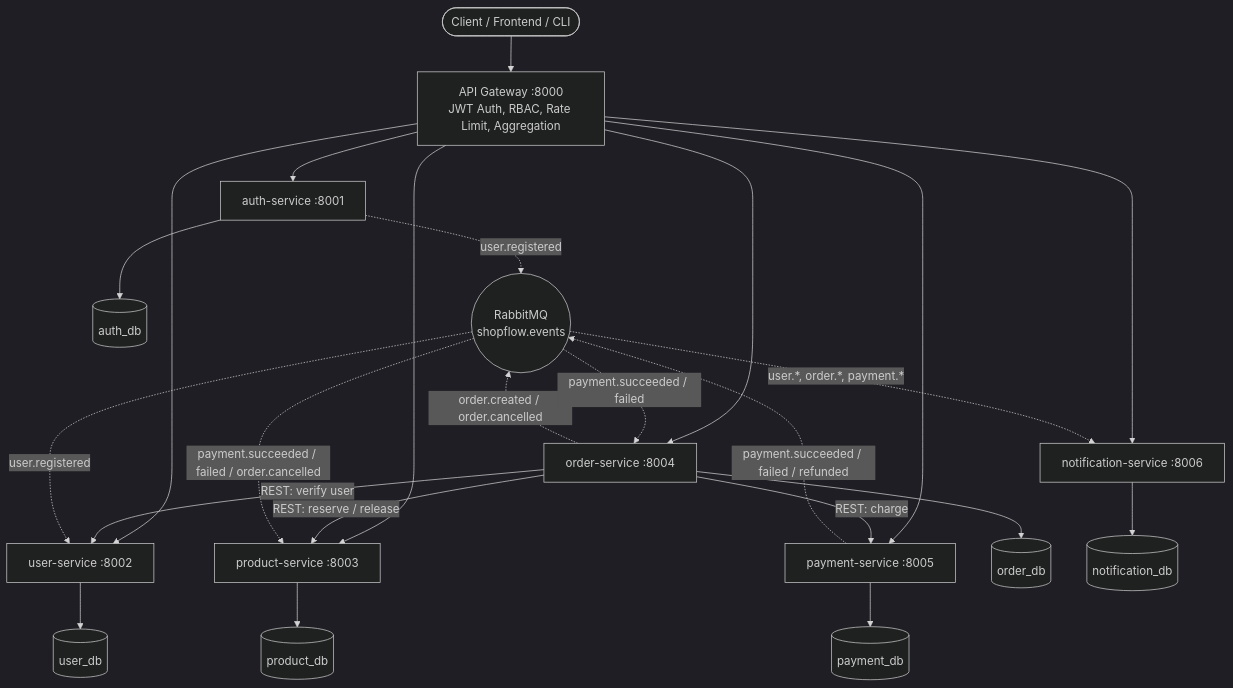
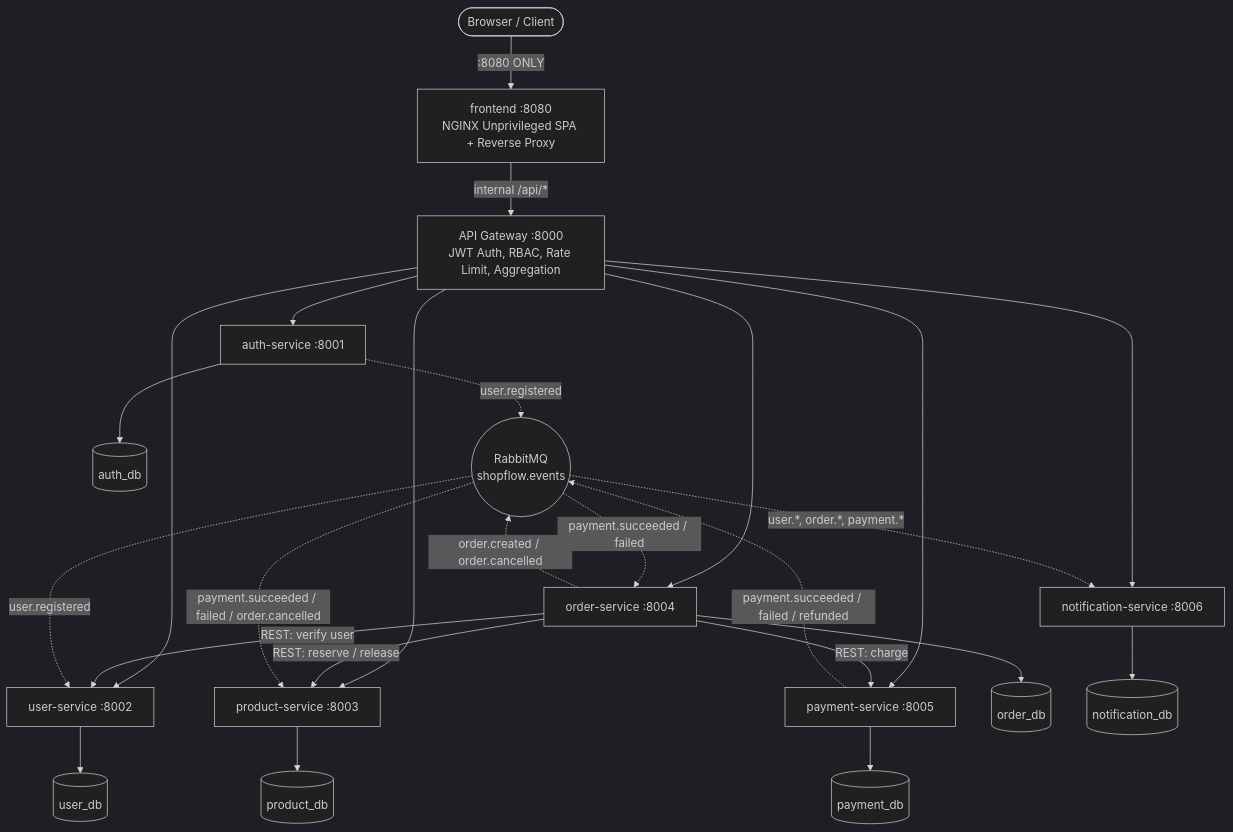
The first of 2 diagrams in README.md (kboddya/PAD-LAB2), drawn with Mermaid (dark theme) before and after one commit. The commit also changed other lines of this file and 8 other files, not shown here.

Commit message:
feat(frontend): add NGINX SPA frontend and lock down internal compose ports

````diff
--- a/README.md
+++ b/README.md
@@ -46,31 +47,32 @@
 ```mermaid
 flowchart TB
-    Client([Client / Frontend / CLI]) --> GW[API Gateway :8000<br/>JWT Auth, RBAC, Rate Limit, Aggregation]
+    Client([Browser / Client]) -->|:8080 ONLY| FE[frontend :8080<br/>NGINX Unprivileged SPA + Reverse Proxy]
+    FE -->|internal /api/*| GW[API Gateway :8000<br/>JWT Auth, RBAC, Rate Limit, Aggregation]
 
     GW --> Auth[auth-service :8001]
     GW --> User[user-service :8002]
     GW --> Prod[product-service :8003]
     GW --> Order[order-service :8004]
     GW --> Pay[payment-service :8005]
     GW --> Notif[notification-service :8006]
 
     Order -->|REST: verify user| User
     Order -->|REST: reserve / release| Prod
     Order -->|REST: charge| Pay
 
     Auth --> DB1[(auth_db)]
     User --> DB2[(user_db)]
     Prod --> DB3[(product_db)]
     Order --> DB4[(order_db)]
     Pay --> DB5[(payment_db)]
     Notif --> DB6[(notification_db)]
 
     Auth -.->|user.registered| MQ((RabbitMQ<br/>shopflow.events))
     Order -.->|order.created / order.cancelled| MQ
     Pay -.->|payment.succeeded / failed / refunded| MQ
 
     MQ -.->|user.registered| User
     MQ -.->|payment.succeeded / failed| Order
     MQ -.->|payment.succeeded / failed / order.cancelled| Prod
     MQ -.->|user.*, order.*, payment.*| Notif
 ```
````
